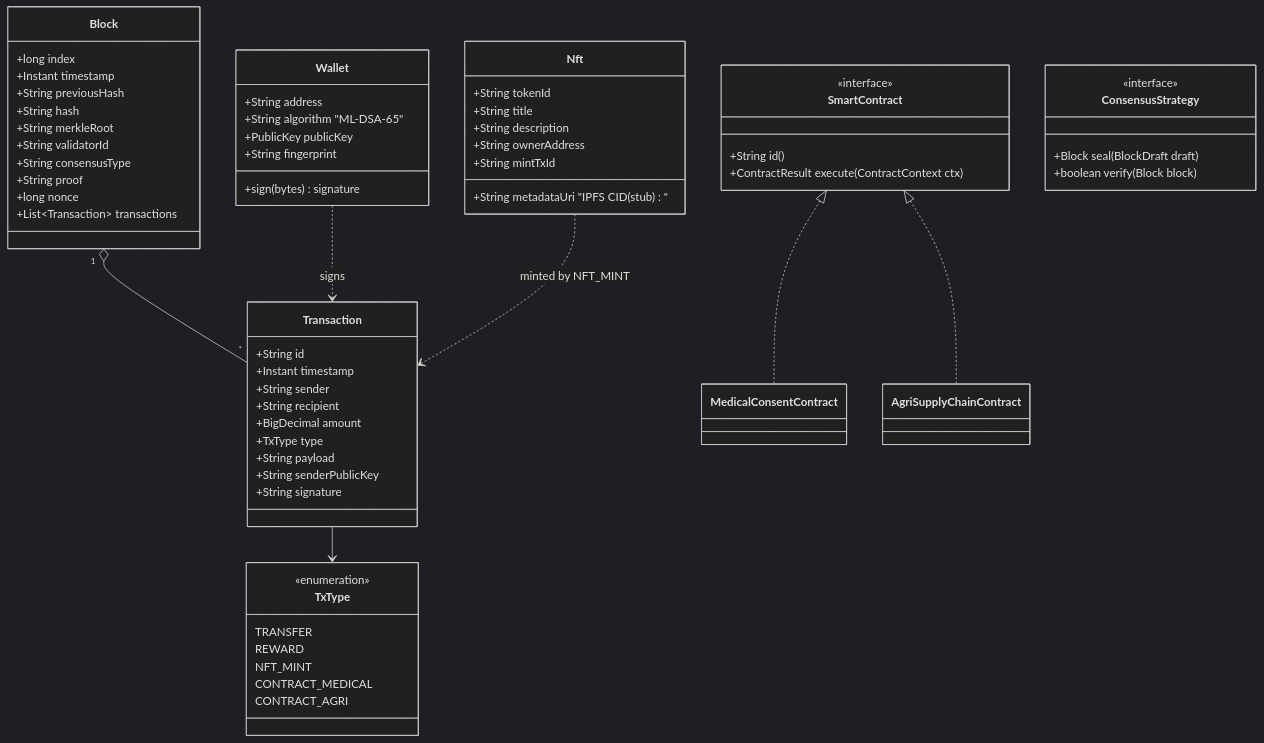
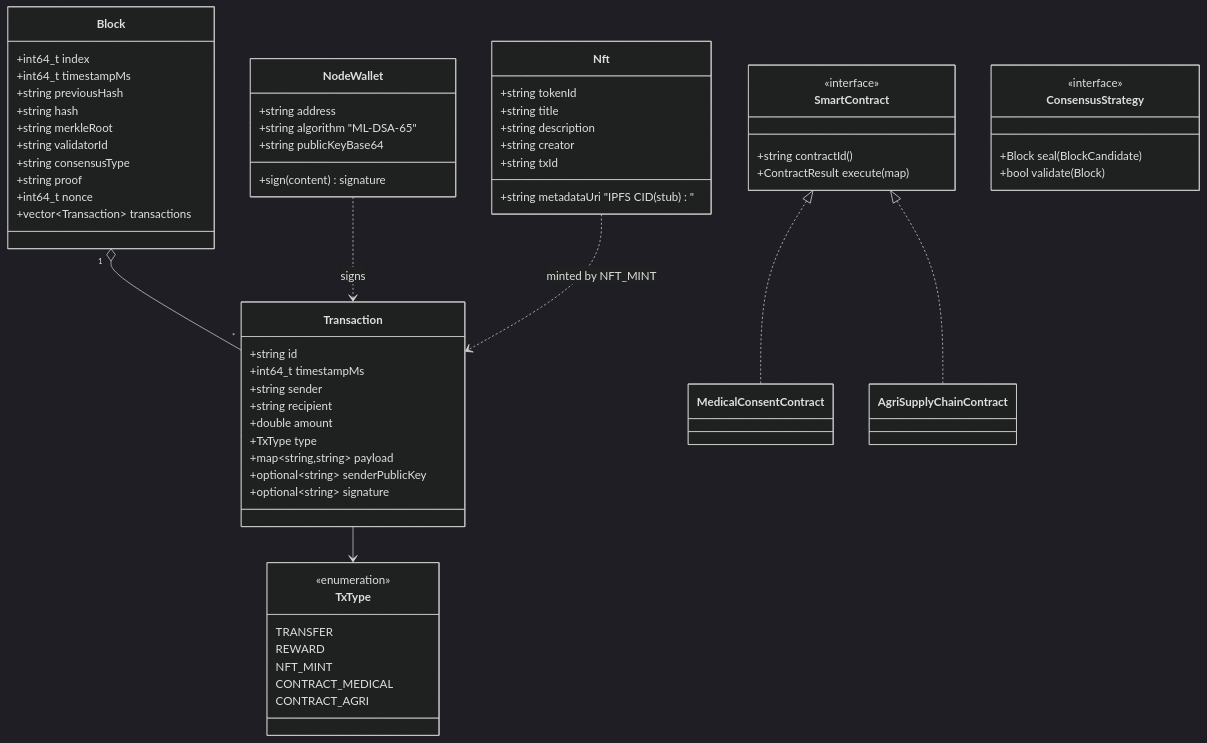
Before and after one commit to hermesnauka/legal-blockchain-study: the third of 5 diagrams in app02_cpp_block/docs/sdlc/01-system-architecture.md, drawn with Mermaid (dark theme). The commit also changed other lines of this file and 128 other files, not shown here.

````diff
--- a/app02_cpp_block/docs/sdlc/01-system-architecture.md
+++ b/app02_cpp_block/docs/sdlc/01-system-architecture.md
@@ -76,67 +76,66 @@
 ```mermaid
 classDiagram
     class Block {
-        +long index
-        +Instant timestamp
-        +String previousHash
-        +String hash
-        +String merkleRoot
-        +String validatorId
-        +String consensusType
-        +String proof
-        +long nonce
-        +List~Transaction~ transactions
+        +int64_t index
+        +int64_t timestampMs
+        +string previousHash
+        +string hash
+        +string merkleRoot
+        +string validatorId
+        +string consensusType
+        +string proof
+        +int64_t nonce
+        +vector~Transaction~ transactions
     }
     class Transaction {
-        +String id
-        +Instant timestamp
-        +String sender
-        +String recipient
-        +BigDecimal amount
+        +string id
+        +int64_t timestampMs
+        +string sender
+        +string recipient
+        +double amount
         +TxType type
-        +String payload
-        +String senderPublicKey
-        +String signature
+        +map~string,string~ payload
+        +optional~string~ senderPublicKey
+        +optional~string~ signature
     }
     class TxType {
         <<enumeration>>
         TRANSFER
         REWARD
         NFT_MINT
         CONTRACT_MEDICAL
         CONTRACT_AGRI
     }
-    class Wallet {
-        +String address
-        +String algorithm  "ML-DSA-65"
-        +PublicKey publicKey
-        +String fingerprint
-        +sign(bytes) signature
+    class NodeWallet {
+        +string address
+        +string algorithm  "ML-DSA-65"
+        +string publicKeyBase64
+        +sign(content) signature
     }
     class Nft {
-        +String tokenId
-        +String title
-        +String description
-        +String metadataUri "IPFS CID (stub)"
-        +String ownerAddress
-        +String mintTxId
+        +string tokenId
+        +string title
+        +string description
+        +string metadataUri "IPFS CID (stub)"
+        +string creator
+        +string txId
     }
     class SmartContract {
         <<interface>>
-        +String id()
-        +ContractResult execute(ContractContext ctx)
+        +string contractId()
+        +ContractResult execute(map)
     }
     class MedicalConsentContract
     class AgriSupplyChainContract
     class ConsensusStrategy {
         <<interface>>
-        +Block seal(BlockDraft draft)
-        +boolean verify(Block block)
+        +Block seal(BlockCandidate)
+        +bool validate(Block)
     }
     Block "1" o-- "*" Transaction
     Transaction --> TxType
-    Wallet ..> Transaction : signs
+    NodeWallet ..> Transaction : signs
     SmartContract <|.. MedicalConsentContract
     SmartContract <|.. AgriSupplyChainContract
     Nft ..> Transaction : minted by NFT_MINT
 ```
````
